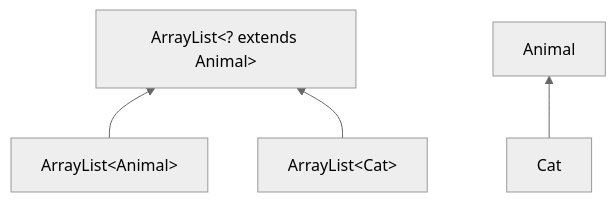
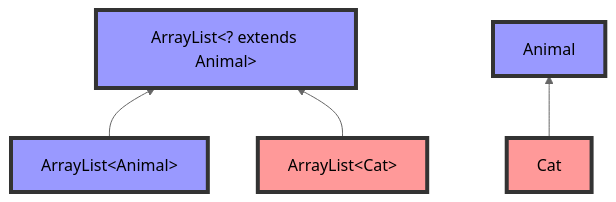
One commit to KULeuven-Diepenbeek/ses-course changed the seventh of 12 diagrams in content/advjava/generics.md. Above: the diagram before and after it, drawn with Mermaid (neutral theme). The commit also changed other lines of this file and 50 other files, not shown here.

````diff
--- a/content/advjava/generics.md
+++ b/content/advjava/generics.md
@@ -413,10 +512,15 @@
 ```mermaid
 graph BT
 ALCat["ArrayList#lt;Cat>"]
 ALextendsAnimal["ArrayList#lt;? extends Animal>"]
 ALAnimal["ArrayList#lt;Animal>"]
 ALAnimal --> ALextendsAnimal
 ALCat --> ALextendsAnimal
 
 Cat --> Animal
+
+classDef cat fill:#f99,stroke:#333,stroke-width:4px;
+classDef animal fill:#99f,stroke:#333,stroke-width:4px;
+class ALCat,Cat cat;
+class ALAnimal,Animal,ALextendsAnimal animal;
 ```
````
